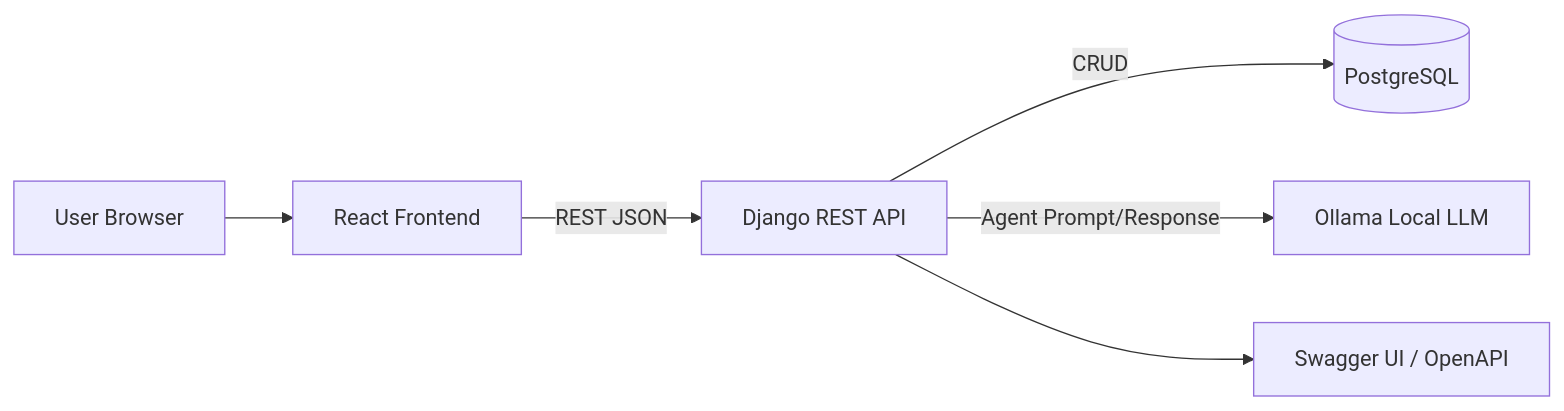
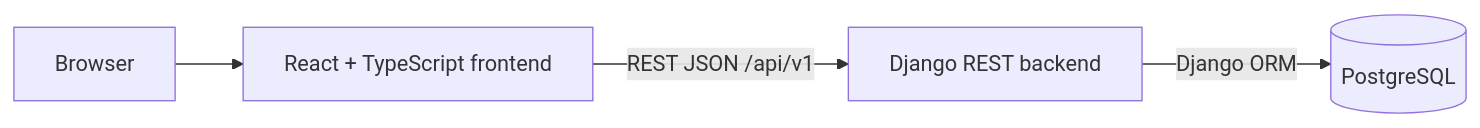
One commit to DramaCharles1/WhatRWeDoinMrRobot changed the diagram in specs/001-calendar-task-agent/quickstart.md. Above: the diagram before and after it, drawn with Mermaid. The commit also changed other lines of this file and 4 other files, not shown here.

````diff
--- a/specs/001-calendar-task-agent/quickstart.md
+++ b/specs/001-calendar-task-agent/quickstart.md
@@ -16,15 +17,6 @@
 ```mermaid
 flowchart LR
-    U[User Browser]
-    FE[React Frontend]
-    BE[Django REST API]
-    DB[(PostgreSQL)]
-    AG[Ollama Local LLM]
-    DOC[Swagger UI / OpenAPI]
-
-    U --> FE
-    FE -->|REST JSON| BE
-    BE -->|CRUD| DB
-    BE -->|Agent Prompt/Response| AG
-    BE --> DOC
+    U[Browser] --> FE[React + TypeScript frontend]
+    FE -->|REST JSON /api/v1| BE[Django REST backend]
+    BE -->|Django ORM| DB[(PostgreSQL)]
 ```
````
